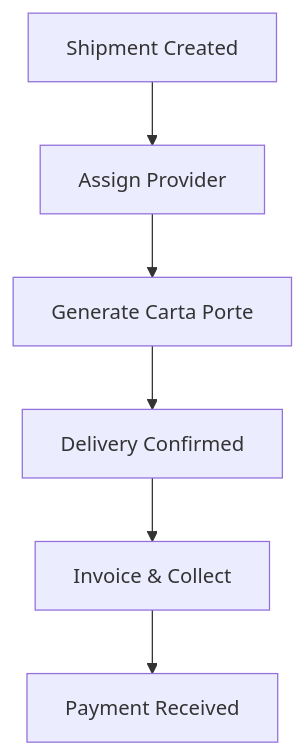
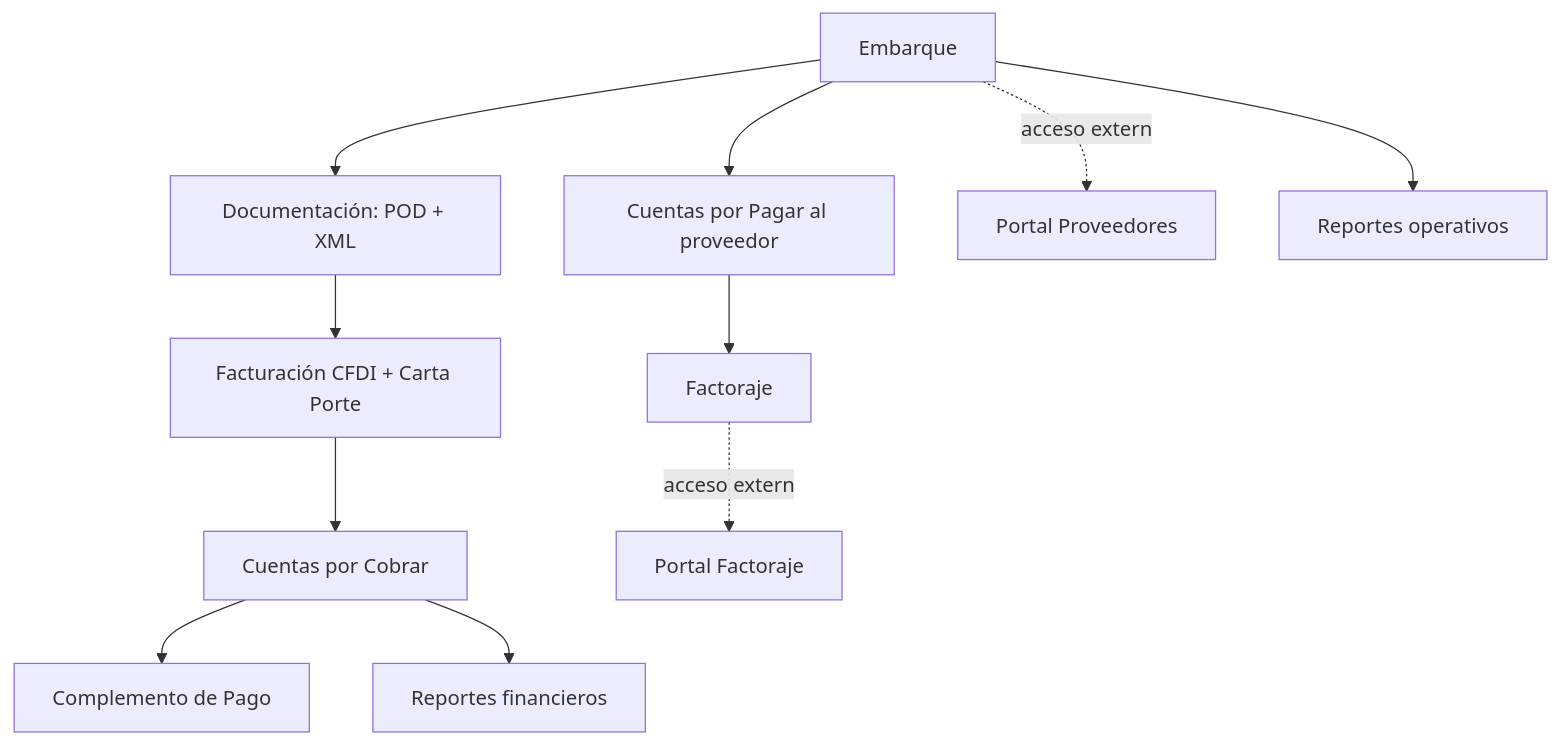
The diagram in features.mdx (Enmamosley/documentationai-wiki), drawn with Mermaid before and after one commit. The commit also changed other lines of this file and 28 other files, not shown here.

````diff
--- a/features.mdx
+++ b/features.mdx
@@ -121,8 +39,13 @@
 ```mermaid
 graph TD
-    A[Shipment Created] --> B[Assign Provider]
-    B --> C[Generate Carta Porte]
-    C --> D[Delivery Confirmed]
-    D --> E[Invoice & Collect]
-    E --> F[Payment Received]
+    A[Embarque] --> B[Documentación: POD + XML]
+    B --> C[Facturación CFDI + Carta Porte]
+    C --> D[Cuentas por Cobrar]
+    D --> E[Complemento de Pago]
+    A --> F[Cuentas por Pagar al proveedor]
+    F --> G[Factoraje]
+    A -.acceso externo.-> H[Portal Proveedores]
+    G -.acceso externo.-> I[Portal Factoraje]
+    D --> J[Reportes financieros]
+    A --> K[Reportes operativos]
 ```
````
